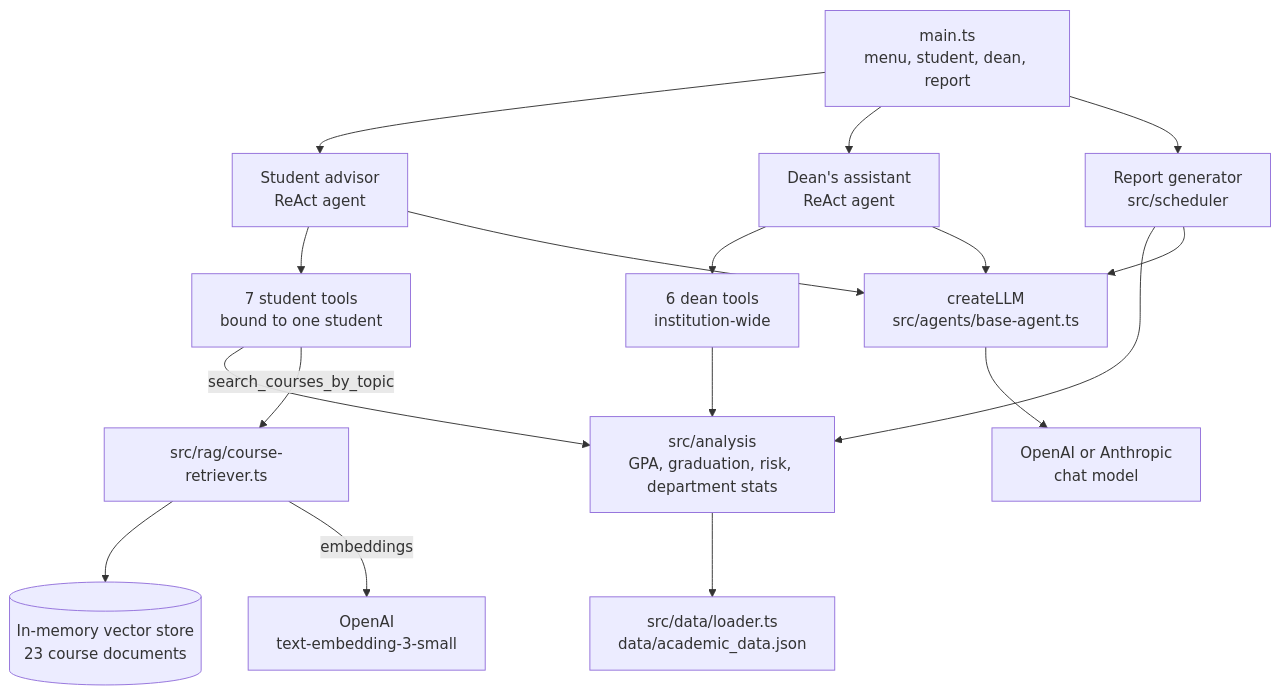
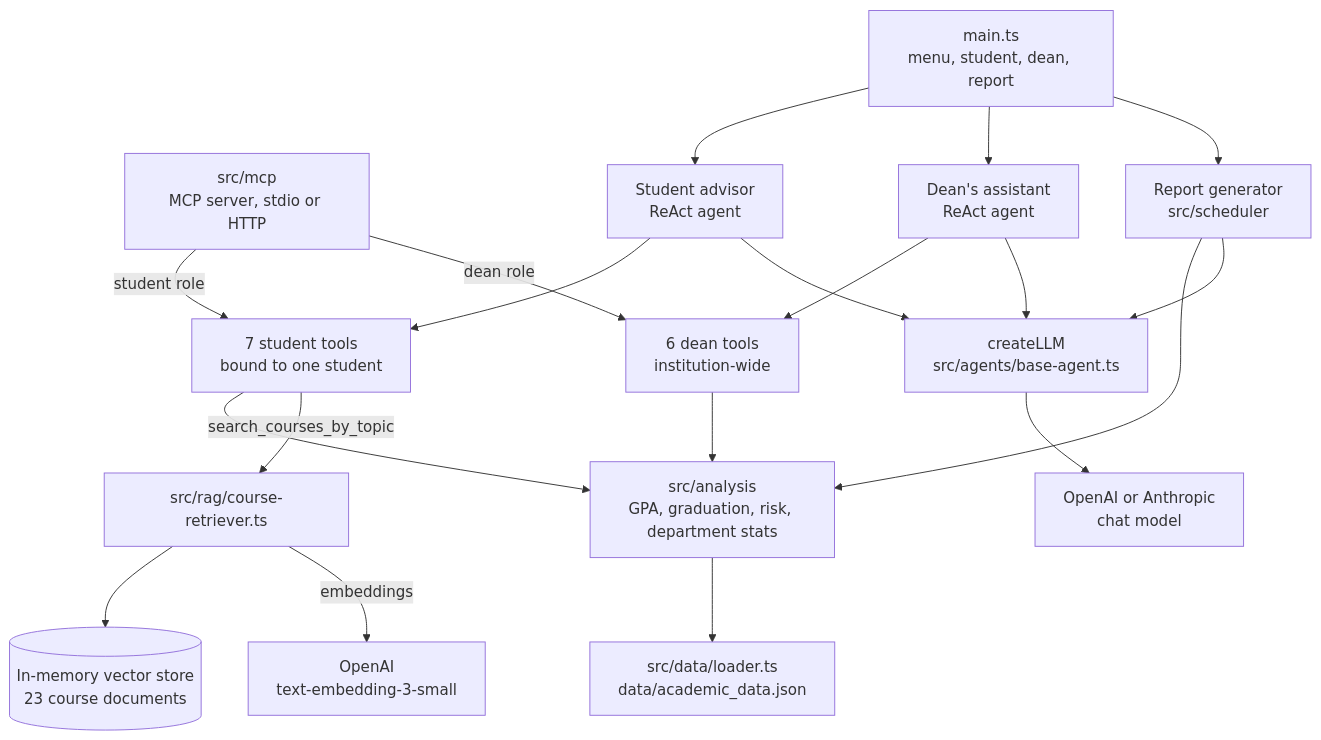
The diagram in README.md (ataege/academic-agent), drawn with Mermaid before and after one commit. The commit also changed other lines of this file and 1 other file, not shown here.

First line of the commit message:
docs: document the MCP server

````diff
--- a/README.md
+++ b/README.md
@@ -16,24 +18,27 @@
 ```mermaid
 flowchart TD
     CLI["main.ts<br/>menu, student, dean, report"]
+    MCP["src/mcp<br/>MCP server, stdio or HTTP"]
     CLI --> StudentAgent["Student advisor<br/>ReAct agent"]
     CLI --> DeanAgent["Dean's assistant<br/>ReAct agent"]
     CLI --> Reports["Report generator<br/>src/scheduler"]
 
     StudentAgent --> StudentTools["7 student tools<br/>bound to one student"]
     DeanAgent --> DeanTools["6 dean tools<br/>institution-wide"]
+    MCP -->|student role| StudentTools
+    MCP -->|dean role| DeanTools
 
     StudentTools --> Analysis["src/analysis<br/>GPA, graduation, risk, department stats"]
     DeanTools --> Analysis
     Reports --> Analysis
     Analysis --> Data["src/data/loader.ts<br/>data/academic_data.json"]
 
     StudentTools -->|search_courses_by_topic| RAG["src/rag/course-retriever.ts"]
     RAG --> VectorStore[("In-memory vector store<br/>23 course documents")]
     RAG -->|embeddings| OpenAIEmbeddings["OpenAI<br/>text-embedding-3-small"]
 
     StudentAgent --> LLM["createLLM<br/>src/agents/base-agent.ts"]
     DeanAgent --> LLM
     Reports --> LLM
     LLM --> ChatProvider["OpenAI or Anthropic<br/>chat model"]
 ```
````
